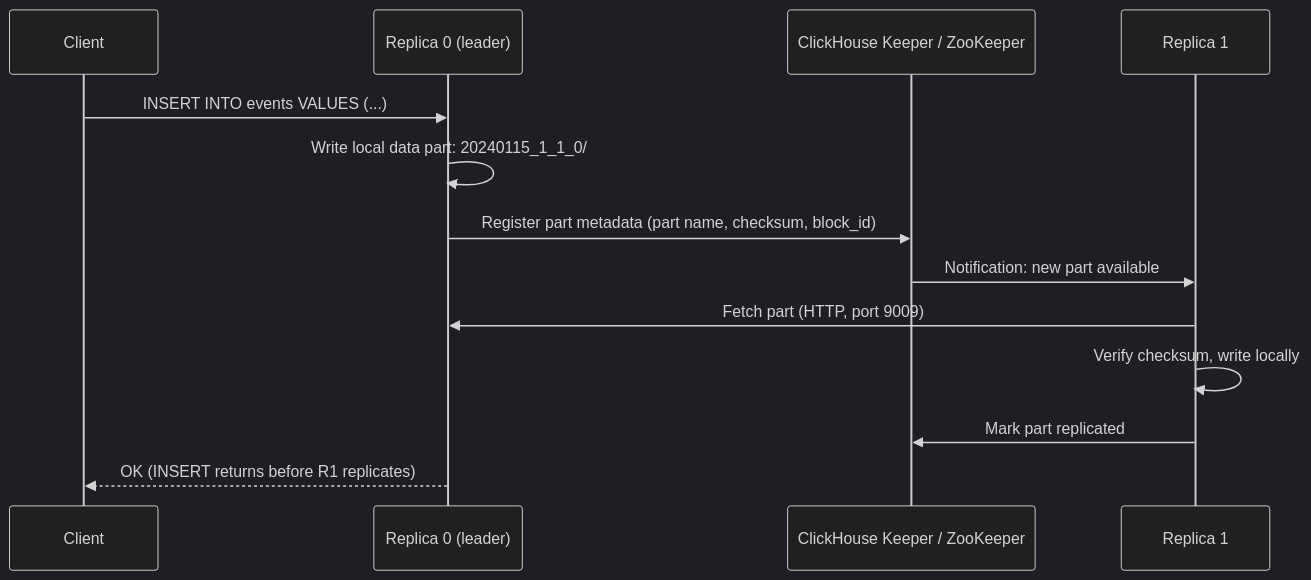
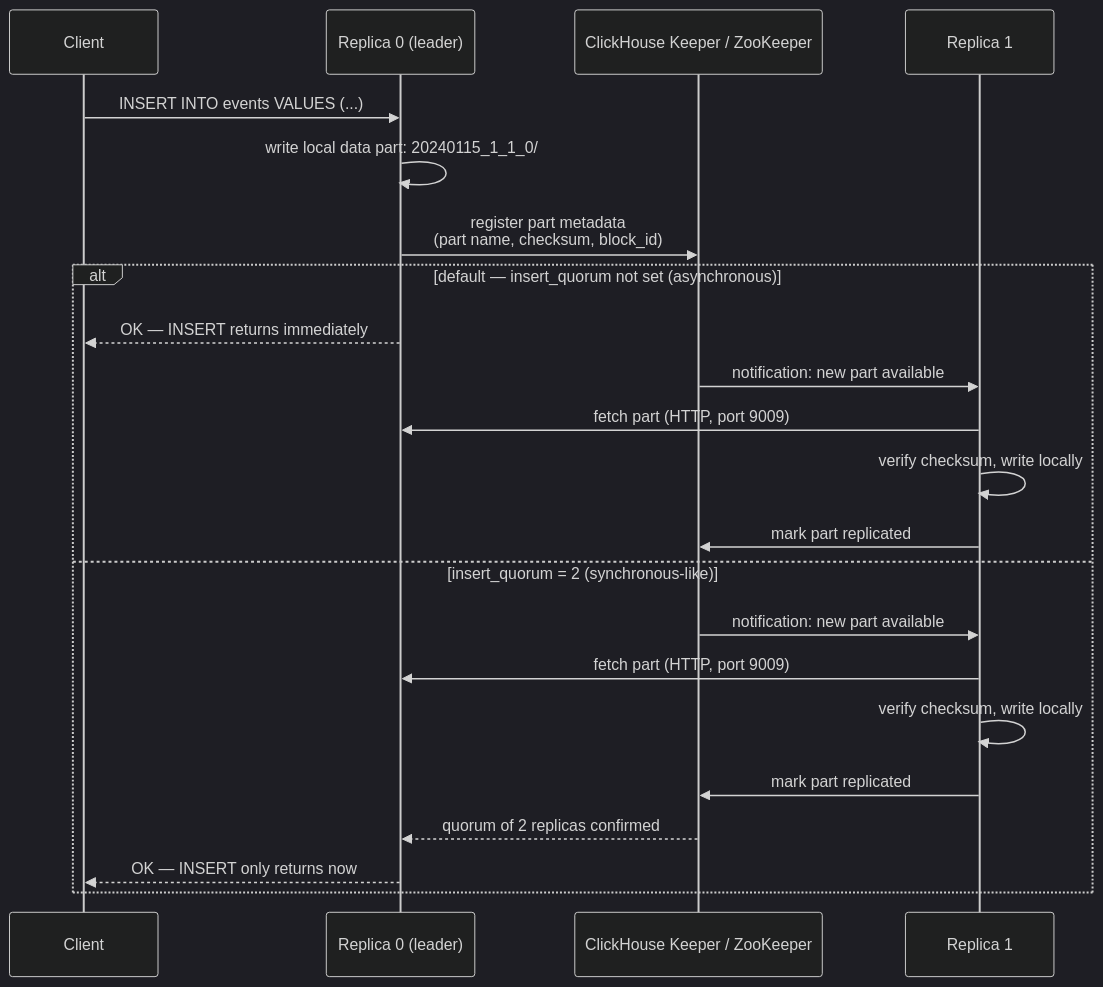
Before and after one commit to deepanshu-rawat6/DevOpsIndex: the sixth of 6 diagrams in databases/clickhouse-internals.md, drawn with Mermaid (dark theme). The commit also changed other lines of this file and 7 other files, not shown here.

````diff
--- a/databases/clickhouse-internals.md
+++ b/databases/clickhouse-internals.md
@@ -229,16 +494,26 @@
 ```mermaid
 sequenceDiagram
     participant C as Client
     participant R0 as Replica 0 (leader)
     participant KEEPER as ClickHouse Keeper / ZooKeeper
     participant R1 as Replica 1
 
     C->>R0: INSERT INTO events VALUES (...)
-    R0->>R0: Write local data part: 20240115_1_1_0/
-    R0->>KEEPER: Register part metadata (part name, checksum, block_id)
-    KEEPER->>R1: Notification: new part available
-    R1->>R0: Fetch part (HTTP, port 9009)
-    R1->>R1: Verify checksum, write locally
-    R1->>KEEPER: Mark part replicated
-    R0-->>C: OK (INSERT returns before R1 replicates)
+    R0->>R0: write local data part: 20240115_1_1_0/
+    R0->>KEEPER: register part metadata<br/>(part name, checksum, block_id)
+
+    alt default — insert_quorum not set (asynchronous)
+        R0-->>C: OK — INSERT returns immediately
+        KEEPER->>R1: notification: new part available
+        R1->>R0: fetch part (HTTP, port 9009)
+        R1->>R1: verify checksum, write locally
+        R1->>KEEPER: mark part replicated
+    else insert_quorum = 2 (synchronous-like)
+        KEEPER->>R1: notification: new part available
+        R1->>R0: fetch part (HTTP, port 9009)
+        R1->>R1: verify checksum, write locally
+        R1->>KEEPER: mark part replicated
+        KEEPER-->>R0: quorum of 2 replicas confirmed
+        R0-->>C: OK — INSERT only returns now
+    end
 ```
````
